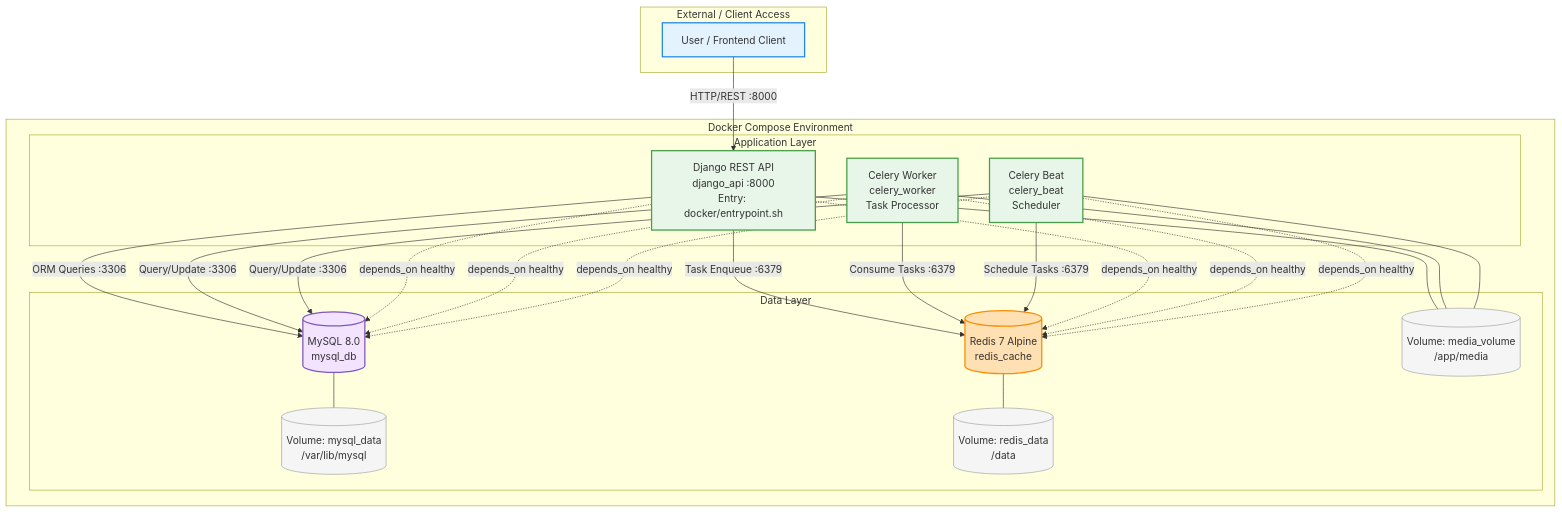
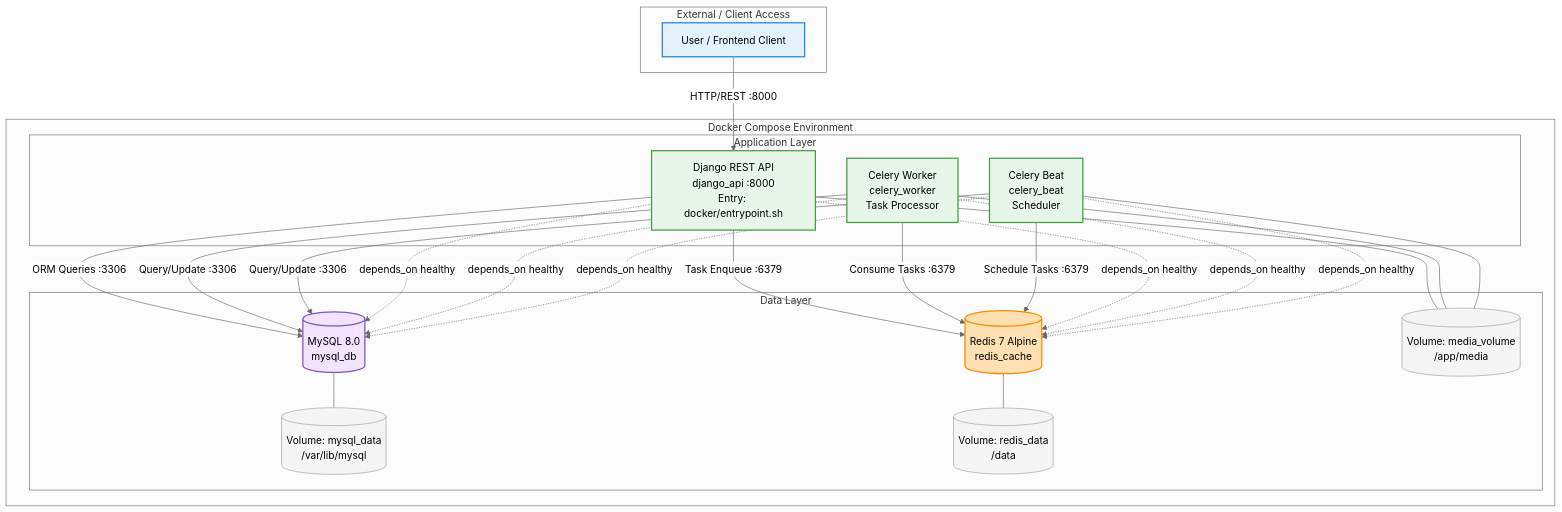
Before and after one commit to Ghadeer7S/virtual-mentor: the first of 2 diagrams in README.md, drawn with Mermaid.

Commit message:
docs: update architecture diagram with neutral theme

````diff
--- a/README.md
+++ b/README.md
@@ -80,58 +80,59 @@
 ```mermaid
+%%{init: {'theme': 'neutral'}}%%
 graph TD
   subgraph External["External / Client Access"]
     User["User / Frontend Client"]
   end
 
   subgraph Docker["Docker Compose Environment"]
     subgraph DataLayer["Data Layer"]
       MySQL[(MySQL 8.0\nmysql_db)]
       Redis[(Redis 7 Alpine\nredis_cache)]
       VolMySQL[("Volume: mysql_data\n/var/lib/mysql")]
       VolRedis[("Volume: redis_data\n/data")]
       VolMedia[("Volume: media_volume\n/app/media")]
     end
 
     subgraph AppLayer["Application Layer"]
       API["Django REST API\ndjango_api :8000\nEntry: docker/entrypoint.sh"]
       CeleryWorker["Celery Worker\ncelery_worker\nTask Processor"]
       CeleryBeat["Celery Beat\ncelery_beat\nScheduler"]
     end
   end
 
   User -->|"HTTP/REST :8000"| API
   
   API -->|"ORM Queries :3306"| MySQL
   API -->|"Task Enqueue :6379"| Redis
   API --- VolMedia
   
   CeleryWorker -->|"Query/Update :3306"| MySQL
   CeleryWorker -->|"Consume Tasks :6379"| Redis
   CeleryWorker --- VolMedia
   
   CeleryBeat -->|"Schedule Tasks :6379"| Redis
   CeleryBeat -->|"Query/Update :3306"| MySQL
   CeleryBeat --- VolMedia
   
   MySQL --- VolMySQL
   Redis --- VolRedis
   
   API -.->|"depends_on healthy"| MySQL
   API -.->|"depends_on healthy"| Redis
   CeleryWorker -.->|"depends_on healthy"| MySQL
   CeleryWorker -.->|"depends_on healthy"| Redis
   CeleryBeat -.->|"depends_on healthy"| MySQL
   CeleryBeat -.->|"depends_on healthy"| Redis
 
   classDef db fill:#f4e3ff,stroke:#7e57c2,stroke-width:2px
   classDef cache fill:#ffe0b2,stroke:#fb8c00,stroke-width:2px
   classDef app fill:#e8f5e9,stroke:#43a047,stroke-width:2px
   classDef vol fill:#f5f5f5,stroke:#9e9e9e,stroke-width:1px
   classDef ext fill:#e3f2fd,stroke:#1e88e5,stroke-width:2px
 
   class MySQL db
   class Redis cache
   class API,CeleryWorker,CeleryBeat app
   class VolMySQL,VolRedis,VolMedia vol
   class User ext
 ```
````
